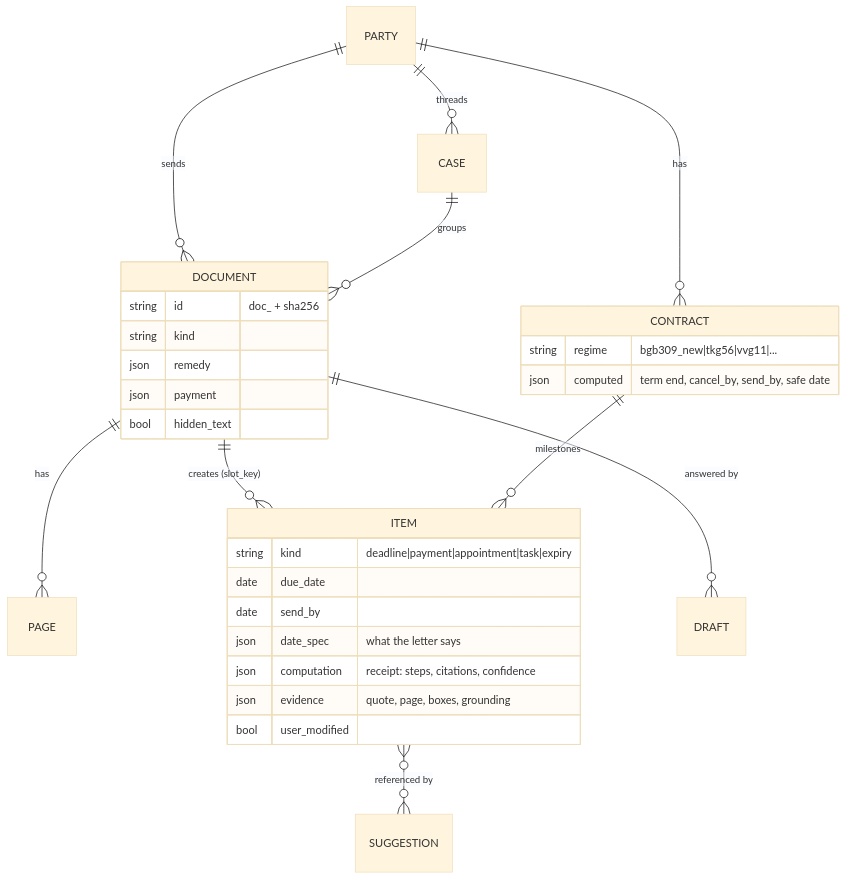
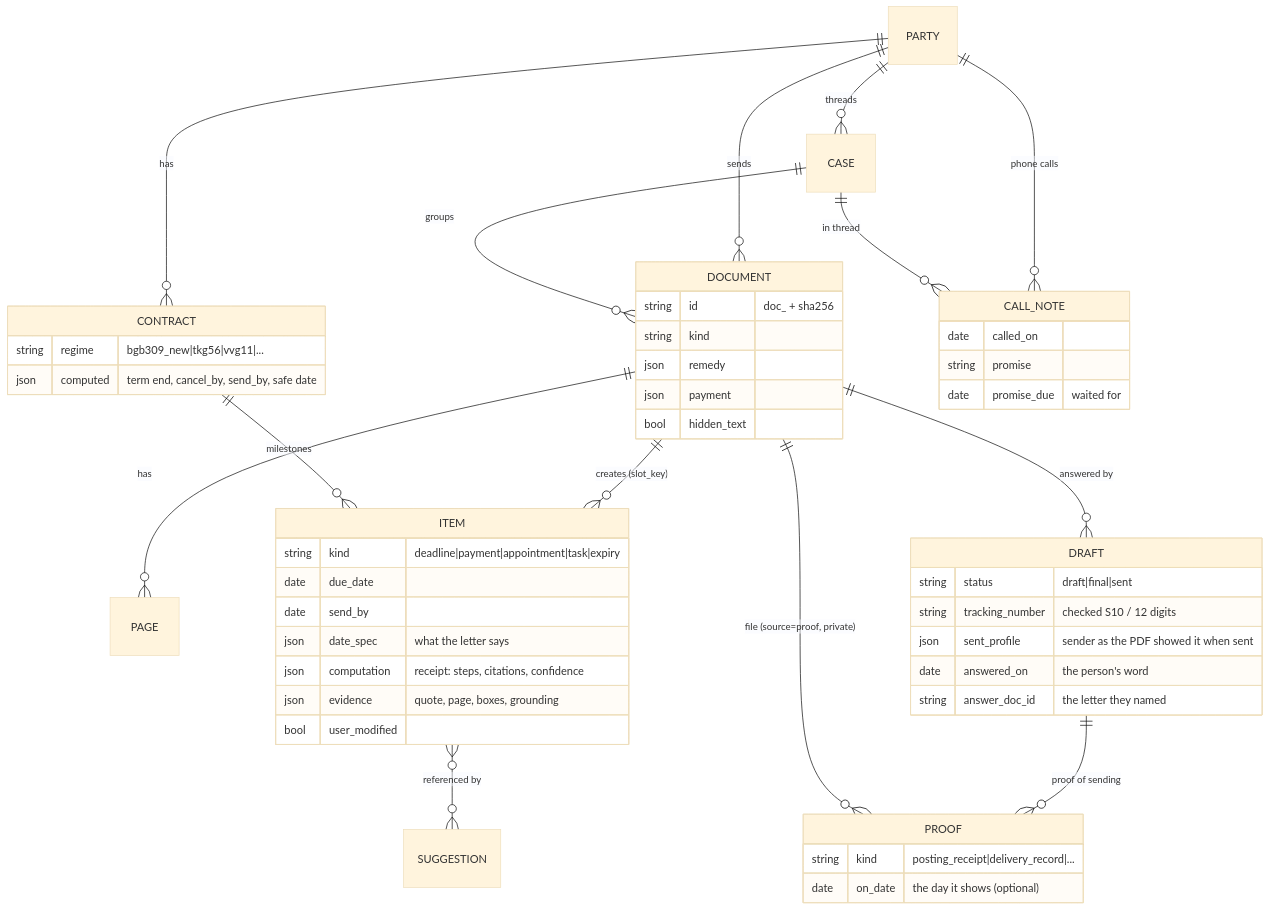
Before and after one commit to ahmedEid1/ordnung: the fifth of 5 diagrams in docs/architecture.md, drawn with Mermaid (base theme). The commit also changed other lines of this file and 26 other files, not shown here.

````diff
--- a/docs/architecture.md
+++ b/docs/architecture.md
@@ -179,32 +179,52 @@
 ```mermaid
 erDiagram
   PARTY ||--o{ DOCUMENT : sends
   PARTY ||--o{ CONTRACT : "has"
   PARTY ||--o{ CASE : "threads"
   CASE ||--o{ DOCUMENT : groups
   DOCUMENT ||--o{ PAGE : has
   DOCUMENT ||--o{ ITEM : "creates (slot_key)"
   CONTRACT ||--o{ ITEM : "milestones"
   ITEM }o--o{ SUGGESTION : "referenced by"
   DOCUMENT ||--o{ DRAFT : "answered by"
+  DRAFT ||--o{ PROOF : "proof of sending"
+  PROOF }o--|| DOCUMENT : "file (source=proof, private)"
+  PARTY ||--o{ CALL_NOTE : "phone calls"
+  CASE ||--o{ CALL_NOTE : "in thread"
+  DRAFT {
+    string status "draft|final|sent"
+    string tracking_number "checked S10 / 12 digits"
+    json sent_profile "sender as the PDF showed it when sent"
+    date answered_on "the person's word"
+    string answer_doc_id "the letter they named"
+  }
+  PROOF {
+    string kind "posting_receipt|delivery_record|..."
+    date on_date "the day it shows (optional)"
+  }
+  CALL_NOTE {
+    date called_on
+    string promise
+    date promise_due "waited for"
+  }
   DOCUMENT {
     string id "doc_ + sha256"
     string kind
     json remedy
     json payment
     bool hidden_text
   }
   ITEM {
     string kind "deadline|payment|appointment|task|expiry"
     date due_date
     date send_by
     json date_spec "what the letter says"
     json computation "receipt: steps, citations, confidence"
     json evidence "quote, page, boxes, grounding"
     bool user_modified
   }
   CONTRACT {
     string regime "bgb309_new|tkg56|vvg11|..."
     json computed "term end, cancel_by, send_by, safe date"
   }
 ```
````
